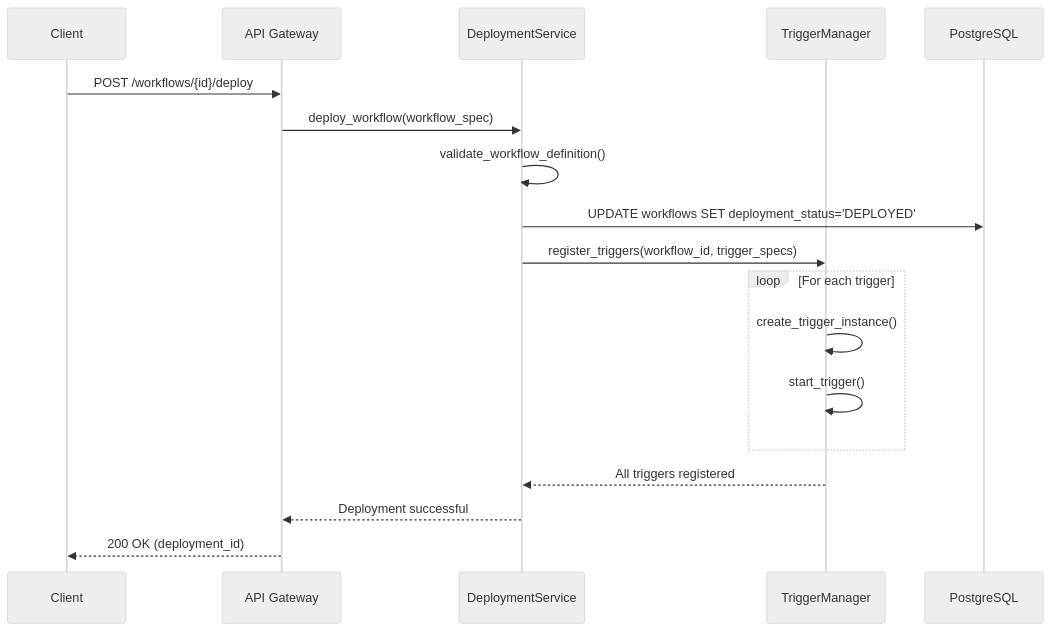
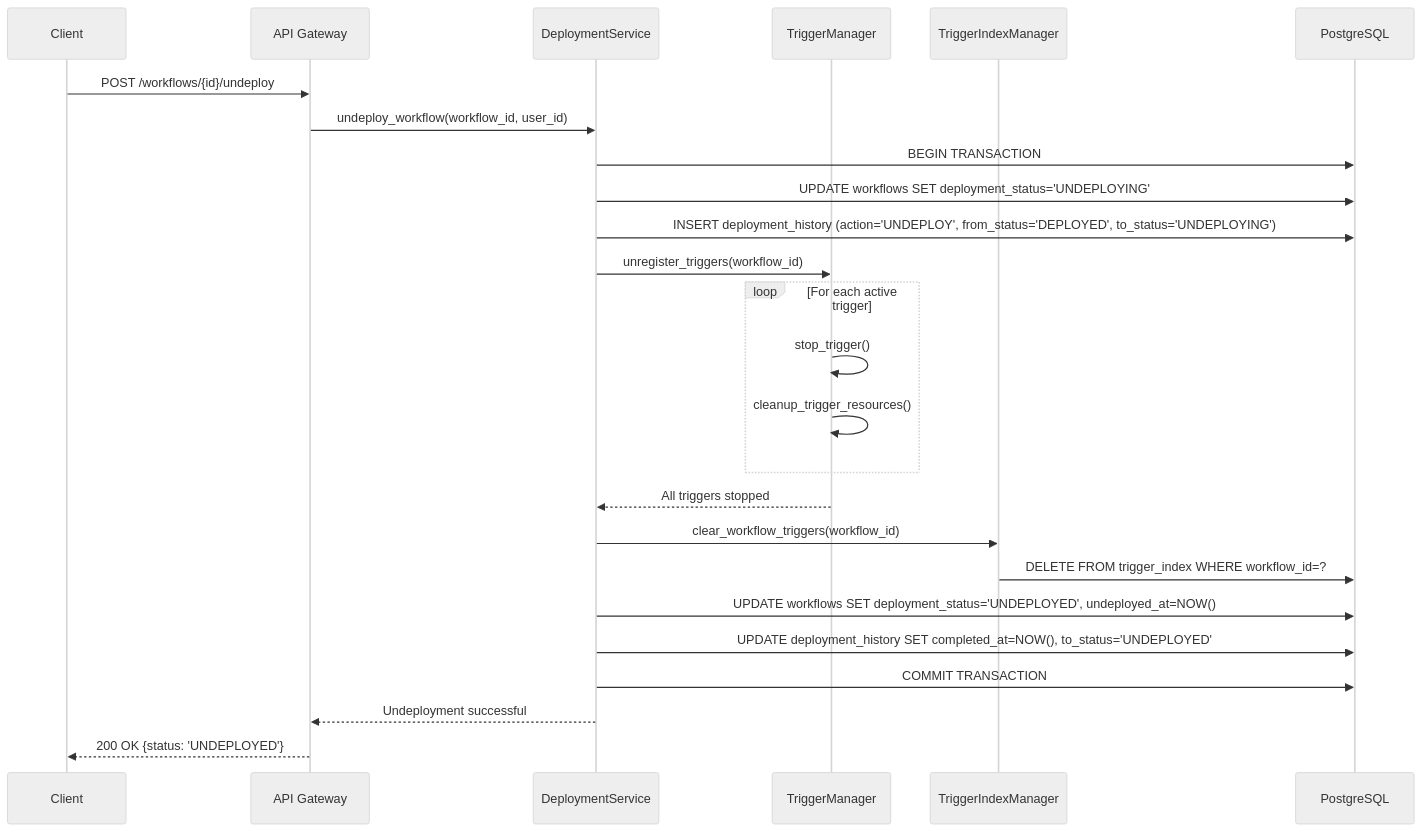
One commit to CurvatureX/agent_team_monorepo changed the third of 9 diagrams in docs/tech-design/workflow-scheduler-architecture.md. Above: the diagram before and after it, drawn with Mermaid (neutral theme). The commit also changed other lines of this file and 38 other files, not shown here.

````diff
--- a/docs/tech-design/workflow-scheduler-architecture.md
+++ b/docs/tech-design/workflow-scheduler-architecture.md
@@ -453,25 +812,35 @@
 ```mermaid
 sequenceDiagram
     participant Client
     participant Gateway as API Gateway
     participant Deploy as DeploymentService
     participant TriggerMgr as TriggerManager
+    participant TriggerIndex as TriggerIndexManager
     participant DB as PostgreSQL
 
-    Client->>Gateway: POST /workflows/{id}/deploy
-    Gateway->>Deploy: deploy_workflow(workflow_spec)
+    Client->>Gateway: POST /workflows/{id}/undeploy
+    Gateway->>Deploy: undeploy_workflow(workflow_id, user_id)
 
-    Deploy->>Deploy: validate_workflow_definition()
-    Deploy->>DB: UPDATE workflows SET deployment_status='DEPLOYED'
+    Deploy->>DB: BEGIN TRANSACTION
+    Deploy->>DB: UPDATE workflows SET deployment_status='UNDEPLOYING'
+    Deploy->>DB: INSERT deployment_history (action='UNDEPLOY', from_status='DEPLOYED', to_status='UNDEPLOYING')
 
-    Deploy->>TriggerMgr: register_triggers(workflow_id, trigger_specs)
+    Deploy->>TriggerMgr: unregister_triggers(workflow_id)
 
-    loop For each trigger
-        TriggerMgr->>TriggerMgr: create_trigger_instance()
-        TriggerMgr->>TriggerMgr: start_trigger()
+    loop For each active trigger
+        TriggerMgr->>TriggerMgr: stop_trigger()
+        TriggerMgr->>TriggerMgr: cleanup_trigger_resources()
     end
 
-    TriggerMgr-->>Deploy: All triggers registered
-    Deploy-->>Gateway: Deployment successful
-    Gateway-->>Client: 200 OK (deployment_id)
+    TriggerMgr-->>Deploy: All triggers stopped
+
+    Deploy->>TriggerIndex: clear_workflow_triggers(workflow_id)
+    TriggerIndex->>DB: DELETE FROM trigger_index WHERE workflow_id=?
+
+    Deploy->>DB: UPDATE workflows SET deployment_status='UNDEPLOYED', undeployed_at=NOW()
+    Deploy->>DB: UPDATE deployment_history SET completed_at=NOW(), to_status='UNDEPLOYED'
+    Deploy->>DB: COMMIT TRANSACTION
+
+    Deploy-->>Gateway: Undeployment successful
+    Gateway-->>Client: 200 OK {status: 'UNDEPLOYED'}
 ```
````
